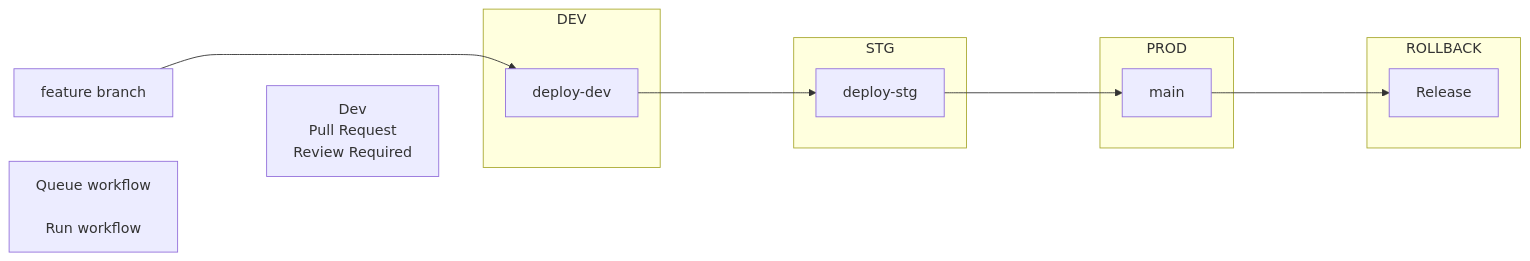
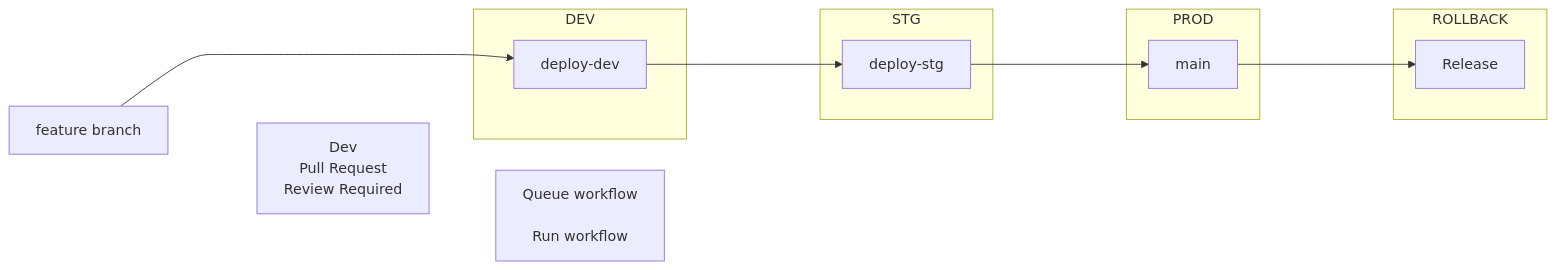
Before and after one commit to fritzramos-gf/Workflows: the diagram in Gates-Workflow.md, drawn with Mermaid.

````diff
--- a/Gates-Workflow.md
+++ b/Gates-Workflow.md
@@ -1,34 +1,34 @@
 ```mermaid
 flowchart LR
     A[feature branch] ----> B
     A ~~~ C["Dev\nPull Request\nReview Required"]
     C ~~~ B
     subgraph DEV
         B[deploy-dev]
     end
-     G["Queue workflow
+     C ~~~ G["Queue workflow
         \nRun workflow"]
 
     B ----> D
     subgraph STG
         D[deploy-stg]
     end
     D ----> E
     subgraph PROD
         E[main]
     end
     E ----> F
     subgraph ROLLBACK
         F[Release]
     end
 
 
 
 
 
 
 
 
 
 
 ```
````
